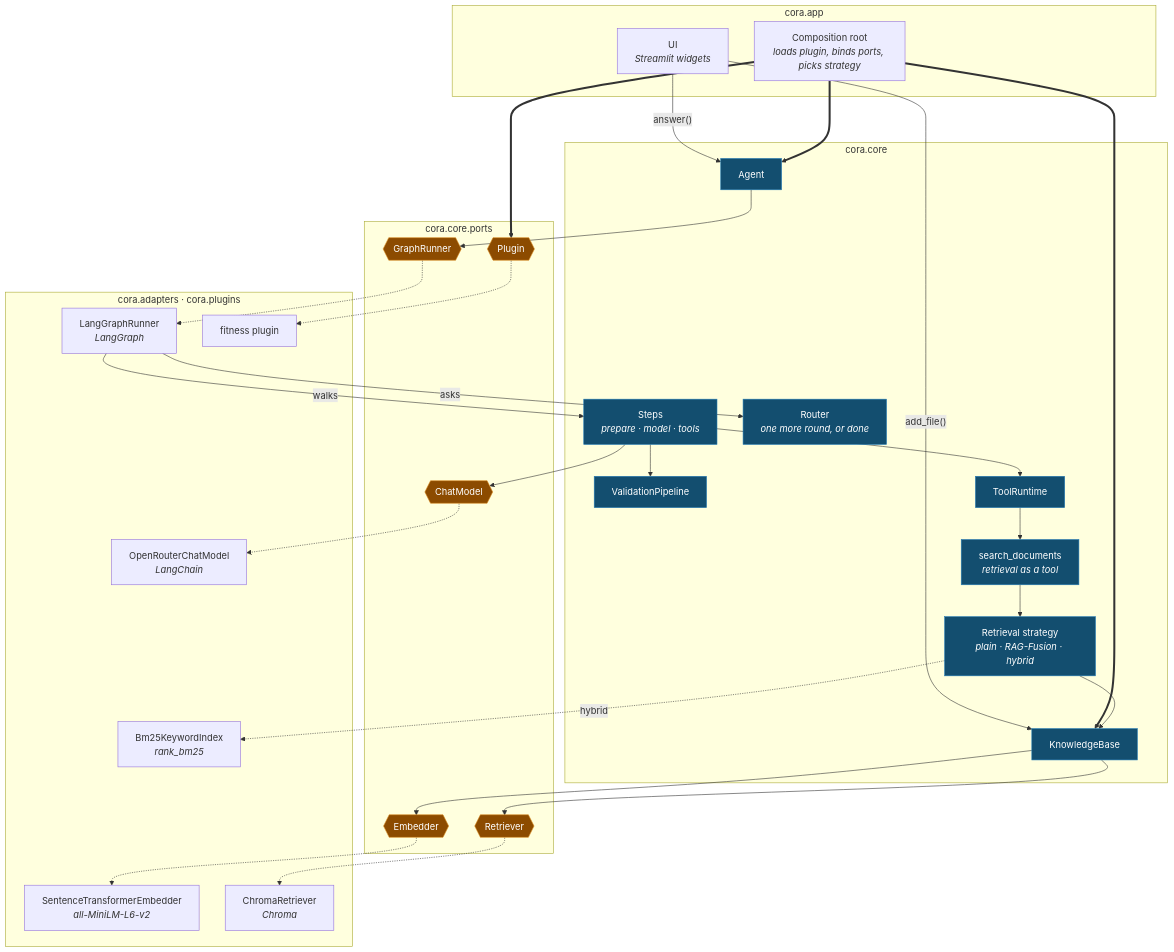
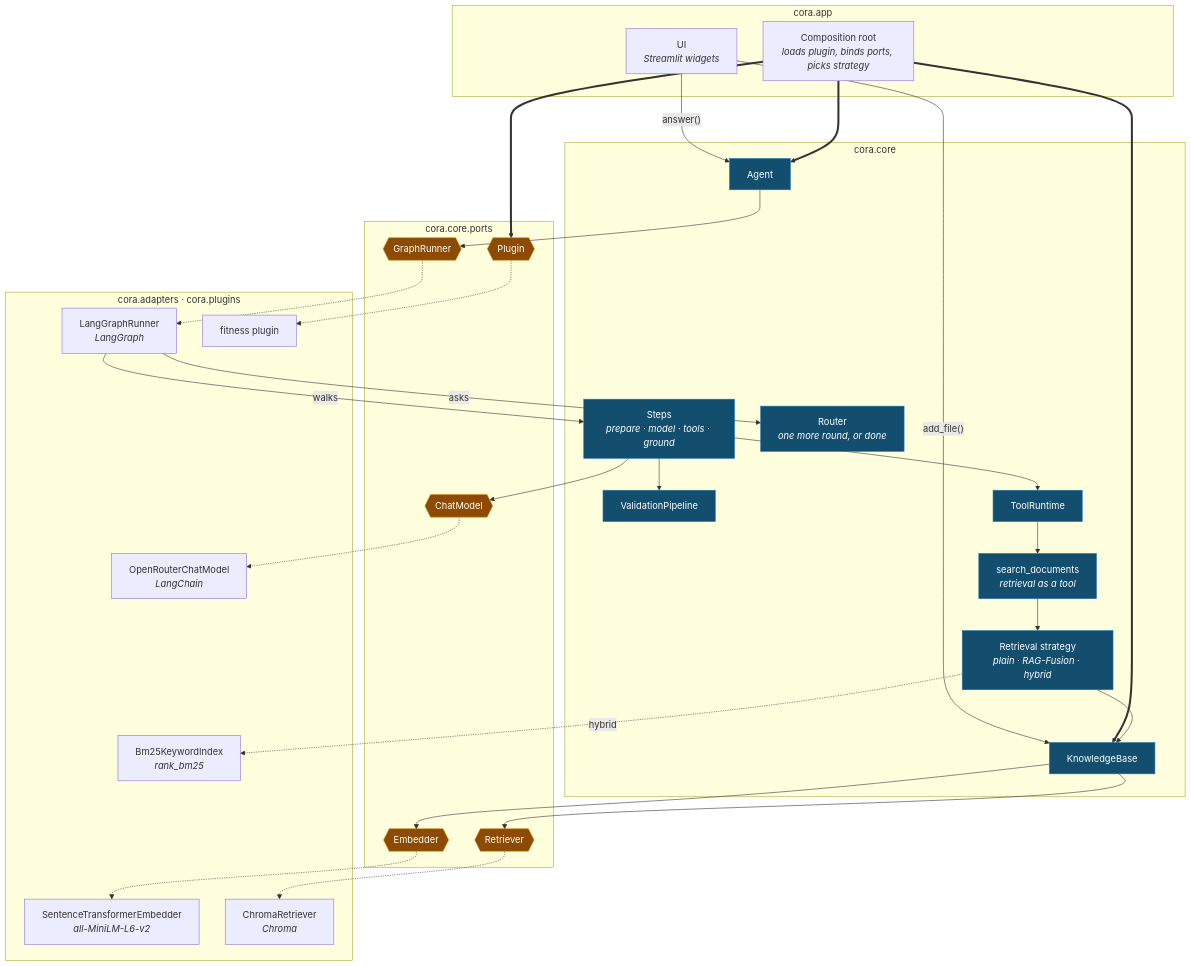
One commit to aschog/cora changed the diagram in docs/big-picture.md. Above: the diagram before and after it, drawn with Mermaid. The commit also changed other lines of this file and 40 other files, not shown here.

````diff
--- a/docs/big-picture.md
+++ b/docs/big-picture.md
@@ -10,64 +10,64 @@
 ```mermaid
 %%{init: {"flowchart": {"nodeSpacing": 45, "rankSpacing": 55, "curve": "basis"}}}%%
 flowchart TB
   subgraph shell["cora.app"]
     ui["UI<br/><i>Streamlit widgets</i>"]
     root["Composition root<br/><i>loads plugin, binds ports, picks strategy</i>"]
   end
 
   subgraph core["cora.core"]
     agent["Agent"]
-    steps["Steps<br/><i>prepare · model · tools</i>"]
+    steps["Steps<br/><i>prepare · model · tools · ground</i>"]
     router["Router<br/><i>one more round, or done</i>"]
     val["ValidationPipeline"]
     rt["ToolRuntime"]
     search["search_documents<br/><i>retrieval as a tool</i>"]
     retr["Retrieval strategy<br/><i>plain · RAG-Fusion · hybrid</i>"]
     kb["KnowledgeBase"]
   end
 
   subgraph seam["cora.core.ports"]
     gr{{"GraphRunner"}}
     cm{{"ChatModel"}}
     emb{{"Embedder"}}
     ret{{"Retriever"}}
     plug{{"Plugin"}}
   end
 
   subgraph infra["cora.adapters · cora.plugins"]
     lg["LangGraphRunner<br/><i>LangGraph</i>"]
     orc["OpenRouterChatModel<br/><i>LangChain</i>"]
     ste["SentenceTransformerEmbedder<br/><i>all-MiniLM-L6-v2</i>"]
     chroma["ChromaRetriever<br/><i>Chroma</i>"]
     bm25["Bm25KeywordIndex<br/><i>rank_bm25</i>"]
     fit["fitness plugin"]
   end
 
   ui -->|"answer()"| agent
   ui -->|"add_file()"| kb
   root ==> agent
   root ==> kb
   root ==> plug
   agent --> gr
   lg -->|"walks"| steps
   lg -->|"asks"| router
   steps --> cm
   steps --> val
   steps --> rt
   rt --> search
   search --> retr
   retr --> kb
   kb --> emb
   kb --> ret
   retr -.->|"hybrid"| bm25
   gr -.-> lg
   cm -.-> orc
   emb -.-> ste
   ret -.-> chroma
   plug -.-> fit
 
   classDef port fill:#8c4b00,stroke:#d98a1f,color:#fff;
   classDef logic fill:#134e6f,stroke:#1f78b4,color:#fff;
   class gr,cm,emb,ret,plug port;
   class agent,steps,router,val,rt,search,retr,kb logic;
 ```
````
